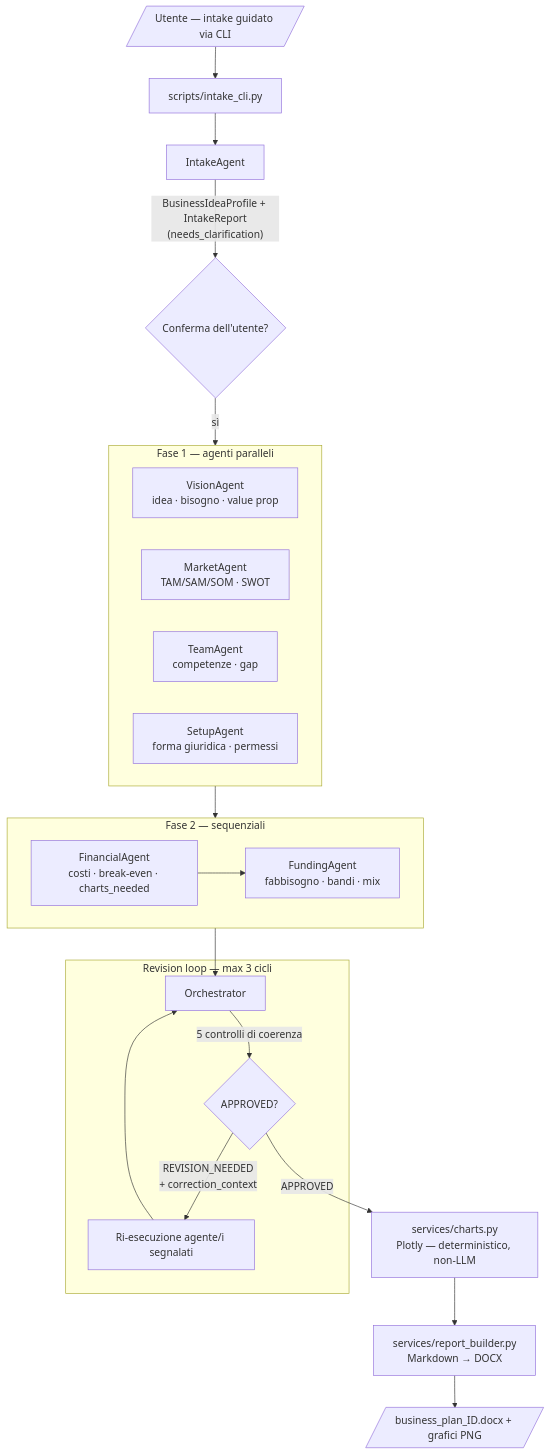
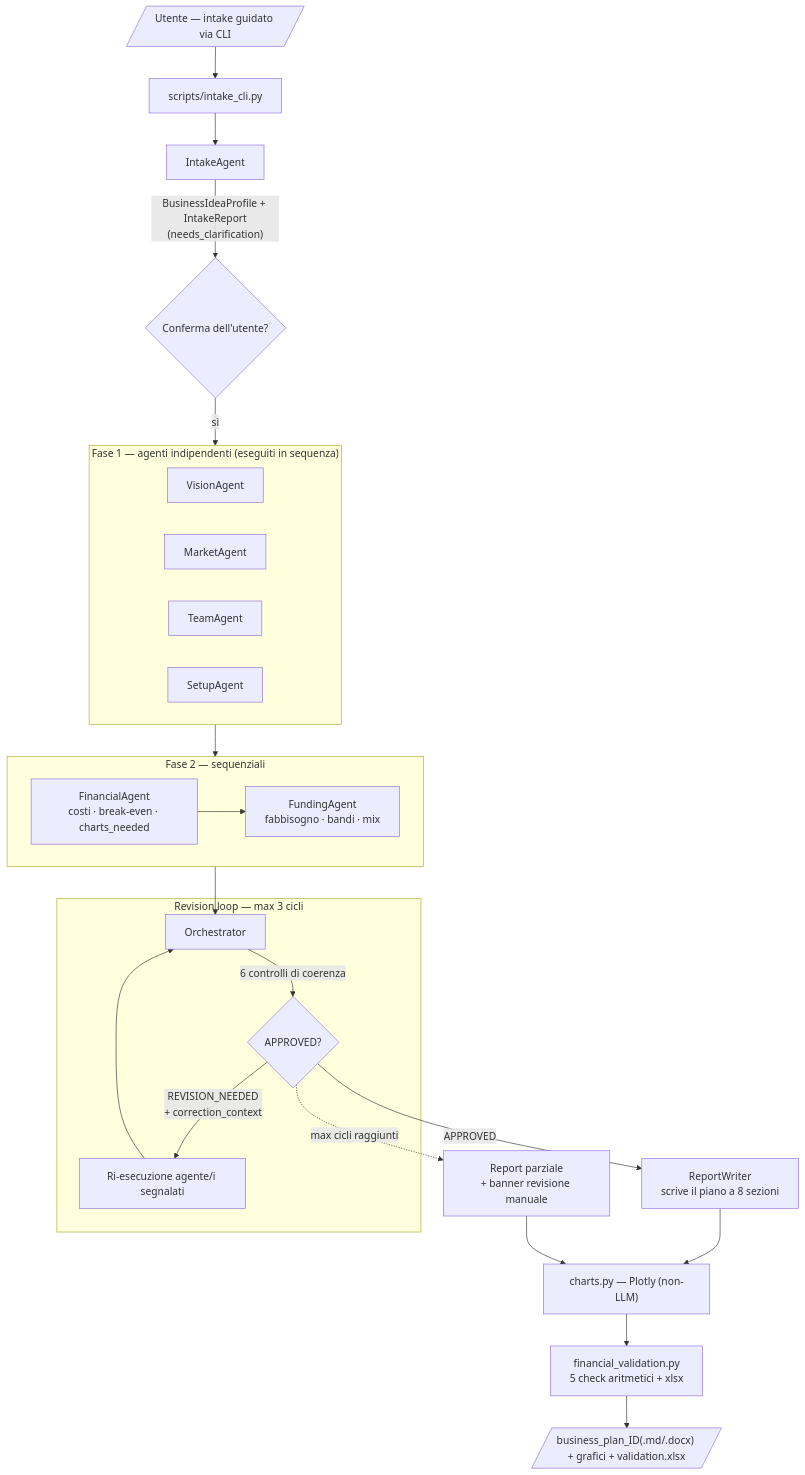
One commit to VicDc/BusinessPlan_AlanAgent changed the second of 2 diagrams in README.md. Above: the diagram before and after it, drawn with Mermaid. The commit also changed other lines of this file and 9 other files, not shown here.

````diff
--- a/README.md
+++ b/README.md
@@ -241,36 +259,39 @@
 ```mermaid
 flowchart TD
     U[/"Utente — intake guidato via CLI"/] --> IC["scripts/intake_cli.py"]
     IC --> IA["IntakeAgent"]
     IA -->|"BusinessIdeaProfile + IntakeReport<br/>(needs_clarification)"| CONF{"Conferma dell'utente?"}
     CONF -->|sì| P1
 
-    subgraph P1["Fase 1 — agenti paralleli"]
+    subgraph P1["Fase 1 — agenti indipendenti (eseguiti in sequenza)"]
         direction LR
-        VA["VisionAgent<br/>idea · bisogno · value prop"]
-        MA["MarketAgent<br/>TAM/SAM/SOM · SWOT"]
-        TA["TeamAgent<br/>competenze · gap"]
-        SA["SetupAgent<br/>forma giuridica · permessi"]
+        VA["VisionAgent"]
+        MA["MarketAgent"]
+        TA["TeamAgent"]
+        SA["SetupAgent"]
     end
 
     P1 --> P2
 
     subgraph P2["Fase 2 — sequenziali"]
         direction LR
         FA["FinancialAgent<br/>costi · break-even · charts_needed"]
         FU["FundingAgent<br/>fabbisogno · bandi · mix"]
     end
     FA --> FU
 
     P2 --> ORCH["Orchestrator"]
 
     subgraph LOOP["Revision loop — max 3 cicli"]
-        ORCH -->|"5 controlli di coerenza"| DEC{"APPROVED?"}
+        ORCH -->|"6 controlli di coerenza"| DEC{"APPROVED?"}
         DEC -->|"REVISION_NEEDED<br/>+ correction_context"| RETRY["Ri-esecuzione agente/i segnalati"]
         RETRY --> ORCH
     end
 
-    DEC -->|"APPROVED"| CHARTS["services/charts.py<br/>Plotly — deterministico, non-LLM"]
-    CHARTS --> DOCX["services/report_builder.py<br/>Markdown → DOCX"]
-    DOCX --> OUT[/"business_plan_ID.docx + grafici PNG"/]
+    DEC -->|"APPROVED"| RW["ReportWriter<br/>scrive il piano a 8 sezioni"]
+    DEC -.->|"max cicli raggiunti"| PART["Report parziale<br/>+ banner revisione manuale"]
+    RW --> CHARTS["charts.py — Plotly (non-LLM)"]
+    PART --> CHARTS
+    CHARTS --> VAL["financial_validation.py<br/>5 check aritmetici + xlsx"]
+    VAL --> OUT[/"business_plan_ID(.md/.docx) + grafici + validation.xlsx"/]
 ```
````
